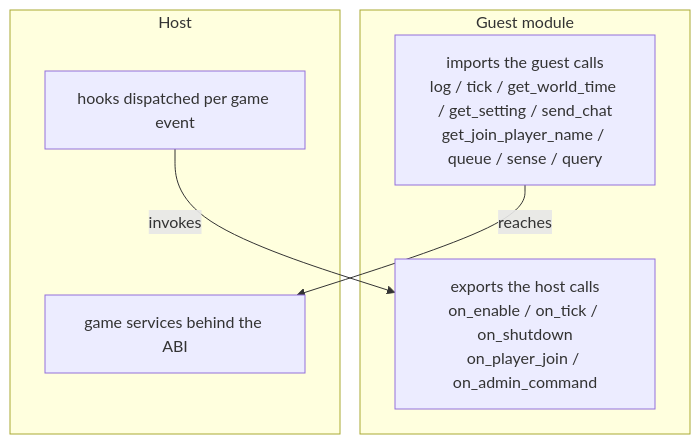
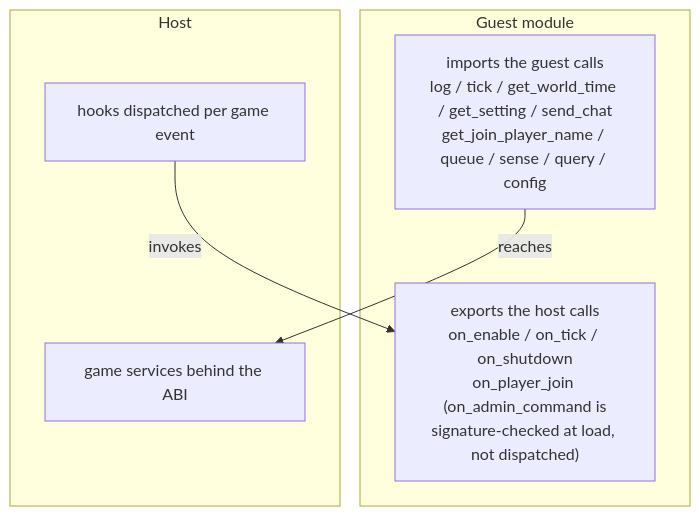
The third of 4 diagrams in README.md (hordeforge/7dtd-wasm), drawn with Mermaid before and after one commit. The commit also changed other lines of this file and 24 other files, not shown here.

````diff
--- a/README.md
+++ b/README.md
@@ -96,13 +96,13 @@
 ```mermaid
 flowchart TB
     subgraph G["Guest module"]
-        E["exports the host calls<br/>on_enable / on_tick / on_shutdown<br/>on_player_join / on_admin_command"]
-        I["imports the guest calls<br/>log / tick / get_world_time / get_setting / send_chat<br/>get_join_player_name / queue / sense / query"]
+        E["exports the host calls<br/>on_enable / on_tick / on_shutdown<br/>on_player_join (on_admin_command is<br/>signature-checked at load, not dispatched)"]
+        I["imports the guest calls<br/>log / tick / get_world_time / get_setting / send_chat<br/>get_join_player_name / queue / sense / query / config"]
     end
     subgraph H["Host"]
         HE["hooks dispatched per game event"]
         HI["game services behind the ABI"]
     end
     HE -->|"invokes"| E
     I -->|"reaches"| HI
 ```
````
